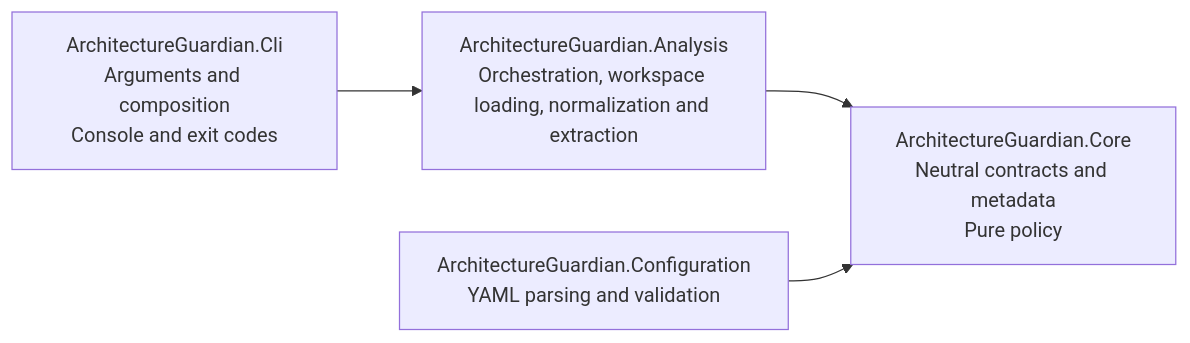
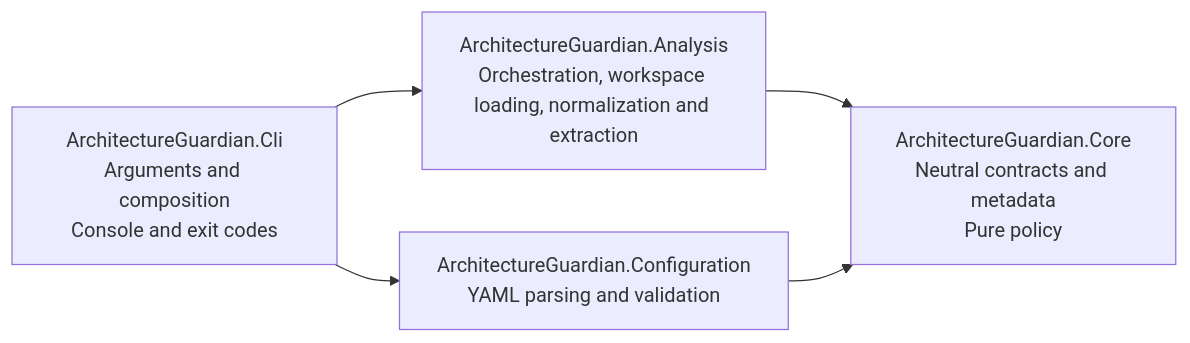
The first of 3 diagrams in docs/architecture/overview.md (kbourzayq/arch-guard), drawn with Mermaid before and after one commit. The commit also changed other lines of this file and 23 other files, not shown here.

````diff
--- a/docs/architecture/overview.md
+++ b/docs/architecture/overview.md
@@ -31,11 +31,12 @@
 ```mermaid
 flowchart LR
     Cli["ArchitectureGuardian.Cli<br/>Arguments and composition<br/>Console and exit codes"]
     Analysis["ArchitectureGuardian.Analysis<br/>Orchestration, workspace loading, normalization and extraction"]
     Core["ArchitectureGuardian.Core<br/>Neutral contracts and metadata<br/>Pure policy"]
     Configuration["ArchitectureGuardian.Configuration<br/>YAML parsing and validation"]
 
     Cli --> Analysis
+    Cli --> Configuration
     Analysis --> Core
     Configuration --> Core
 ```
````
